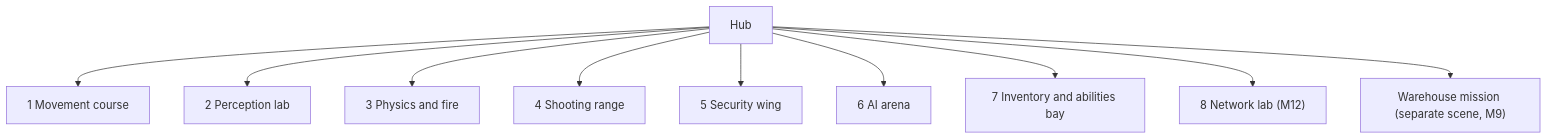
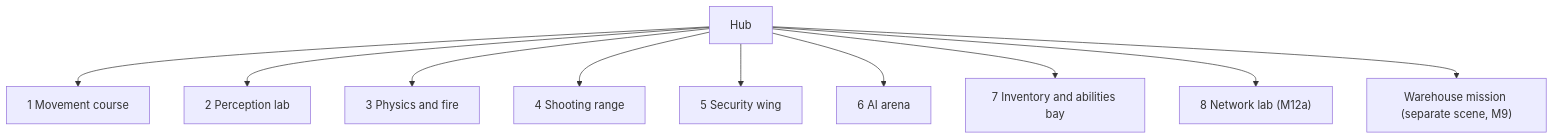
The diagram in design/levels/hub-and-gallery.md (matts2cant/im-sim-proto), drawn with Mermaid before and after one commit. The commit also changed other lines of this file and 4 other files, not shown here.

Commit message:
Docs: network lab (room 8, placement, stations, tests), warehouse network and area switches, hacking.md Levels, playtest checklist

````diff
--- a/design/levels/hub-and-gallery.md
+++ b/design/levels/hub-and-gallery.md
@@ -9,12 +9,12 @@
 ```mermaid
 graph TD
     H["Hub"] --> R1["1 Movement course"]
     H --> R2["2 Perception lab"]
     H --> R3["3 Physics and fire"]
     H --> R4["4 Shooting range"]
     H --> R5["5 Security wing"]
     H --> R6["6 AI arena"]
     H --> R7["7 Inventory and abilities bay"]
-    H --> R8["8 Network lab (M12)"]
+    H --> R8["8 Network lab (M12a)"]
     H --> M["Warehouse mission (separate scene, M9)"]
 ```
````
